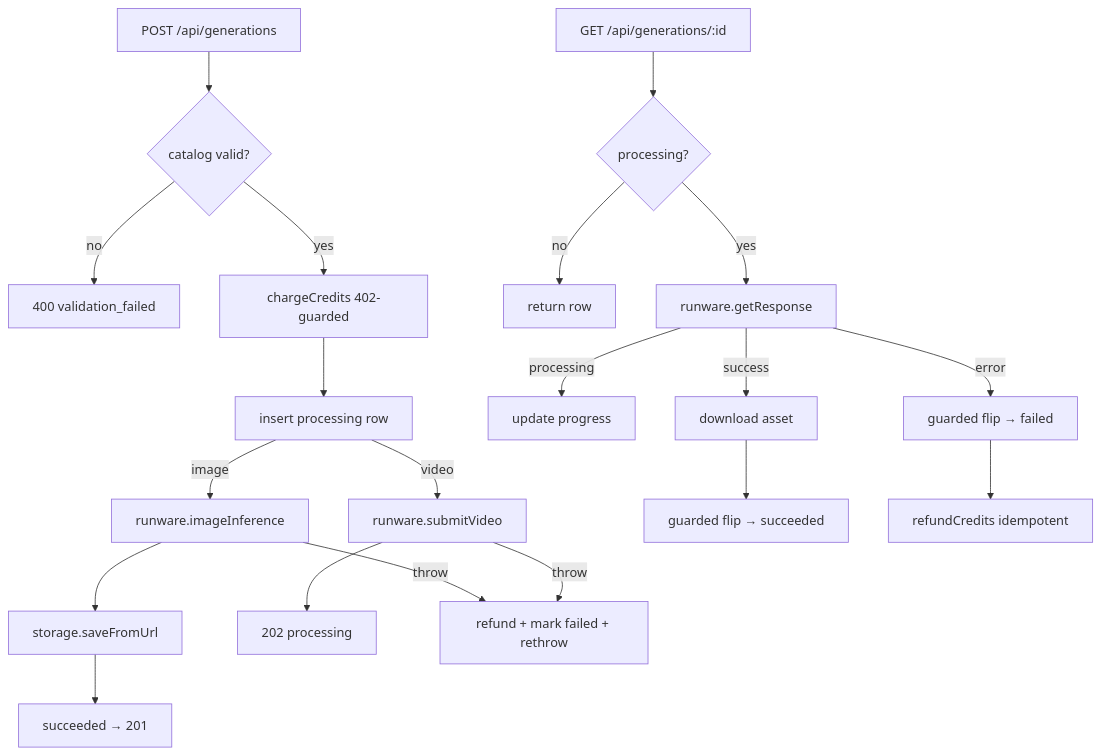
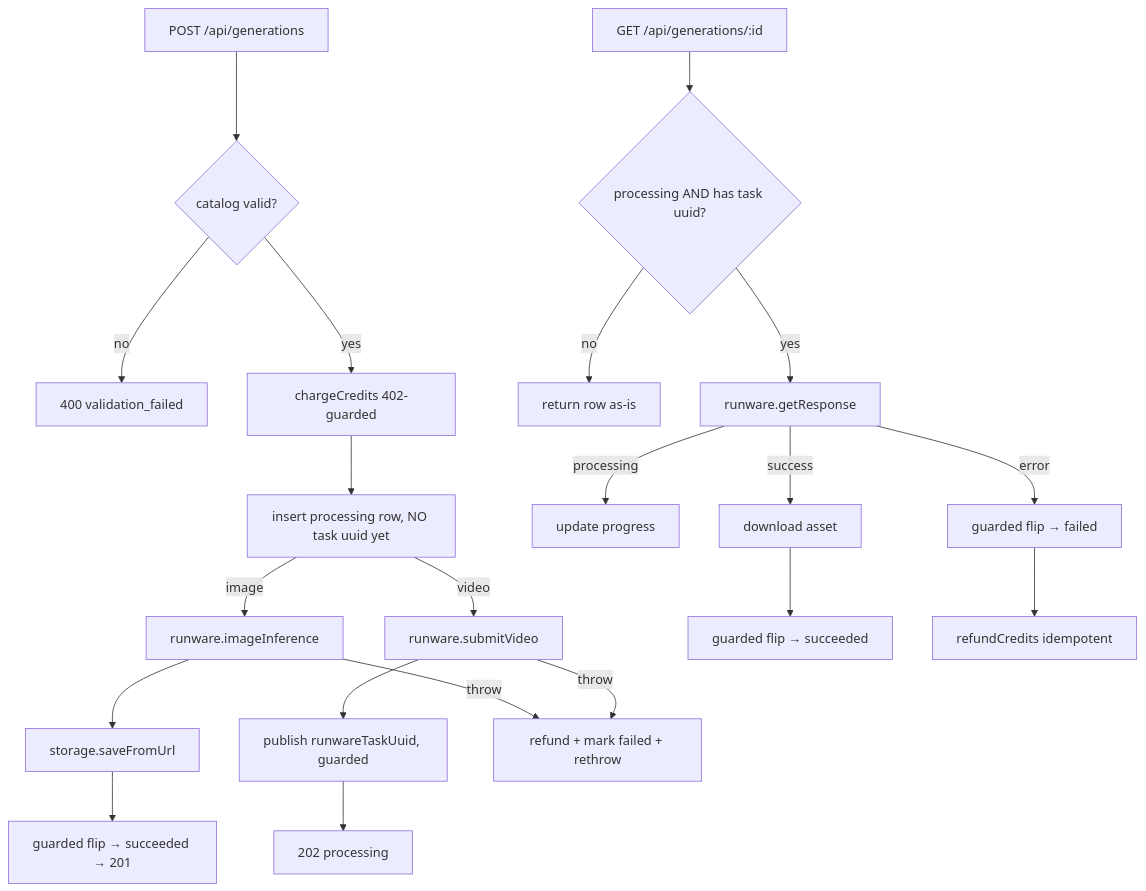
The diagram in apps/api/src/modules/generations/service.ts.md (AzamatRaimbekov2/openCreate), drawn with Mermaid before and after one commit. The commit also changed other lines of this file and 2 other files, not shown here.

Commit message:
fix(api): close create/poll race — rows are not pollable until the provider call completes

````diff
--- a/apps/api/src/modules/generations/service.ts.md
+++ b/apps/api/src/modules/generations/service.ts.md
@@ -25,17 +25,17 @@
 ```mermaid
 flowchart TD
   P[POST /api/generations] --> V{catalog valid?}
   V -- no --> E400[400 validation_failed]
   V -- yes --> C[chargeCredits 402-guarded]
-  C --> R[insert processing row]
-  R -- image --> I[runware.imageInference] --> S[storage.saveFromUrl] --> OK[succeeded → 201]
-  R -- video --> SV[runware.submitVideo] --> A[202 processing]
+  C --> R[insert processing row, NO task uuid yet]
+  R -- image --> I[runware.imageInference] --> S[storage.saveFromUrl] --> GTX[guarded flip → succeeded → 201]
+  R -- video --> SV[runware.submitVideo] --> PU[publish runwareTaskUuid, guarded] --> A[202 processing]
   I -- throw --> RF[refund + mark failed + rethrow]
   SV -- throw --> RF
-  G[GET /api/generations/:id] --> Q{processing?}
-  Q -- no --> DTO[return row]
+  G[GET /api/generations/:id] --> Q{processing AND has task uuid?}
+  Q -- no --> DTO[return row as-is]
   Q -- yes --> PL[runware.getResponse]
   PL -- processing --> UP[update progress]
   PL -- success --> DL[download asset] --> TX[guarded flip → succeeded]
   PL -- error --> TF[guarded flip → failed] --> RFD[refundCredits idempotent]
 ```
````
